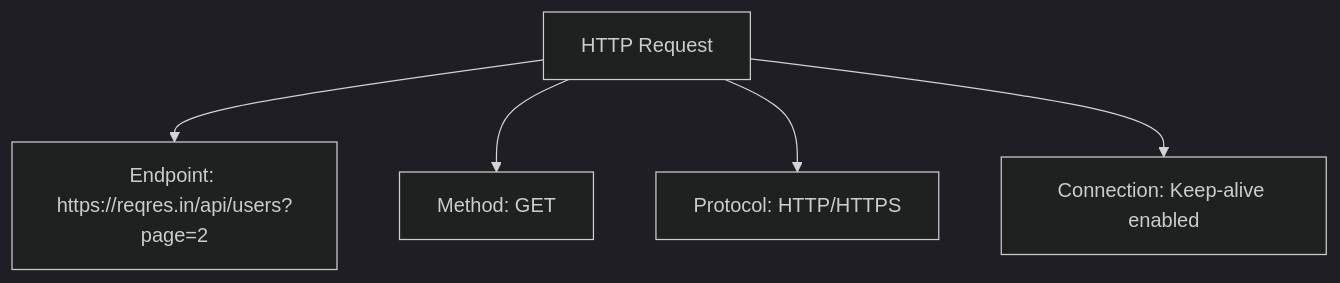
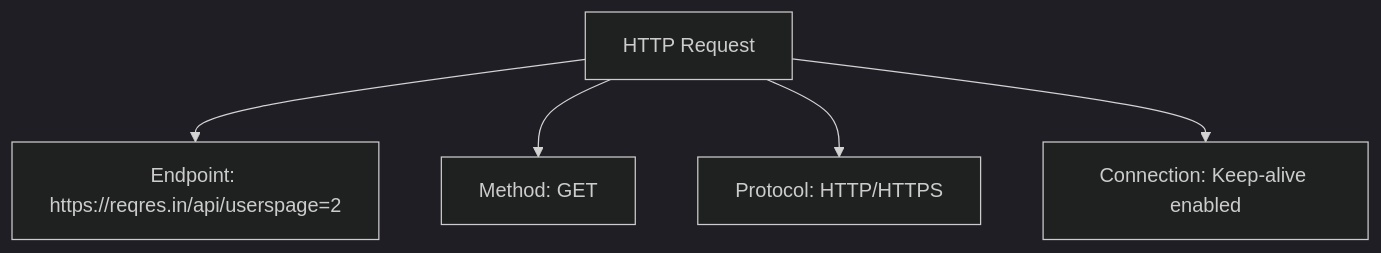
Before and after one commit to ajeetraina/JMeter-GET-Simulator: the third of 5 diagrams in README.md, drawn with Mermaid (dark theme). The commit also changed other lines of this file, not shown here.

````diff
--- a/README.md
+++ b/README.md
@@ -52,7 +52,7 @@
 ```mermaid
 graph TD
-    HTTPRequest[HTTP Request] --> Endpoint[Endpoint: https://reqres.in/api/users?page=2]
+    HTTPRequest[HTTP Request] --> Endpoint[Endpoint: https://reqres.in/api/userspage=2]
     HTTPRequest --> Method[Method: GET]
     HTTPRequest --> Protocol[Protocol: HTTP/HTTPS]
     HTTPRequest --> Connection[Connection: Keep-alive enabled]
 ```
````
